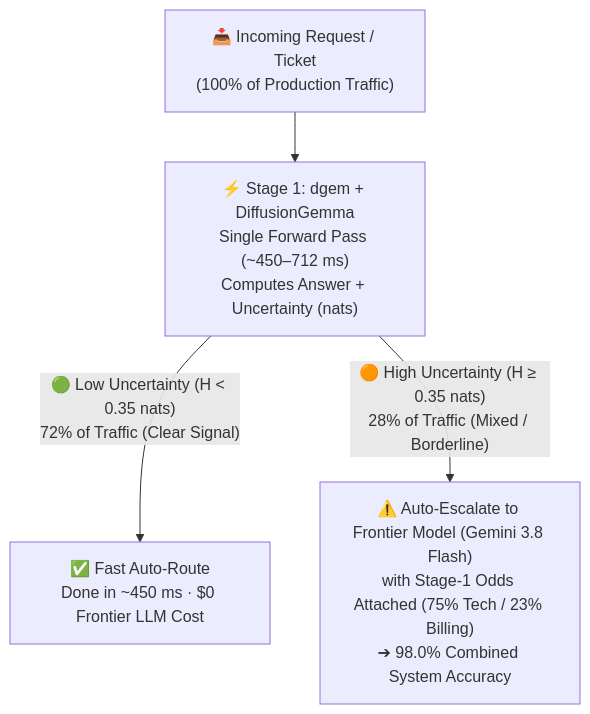
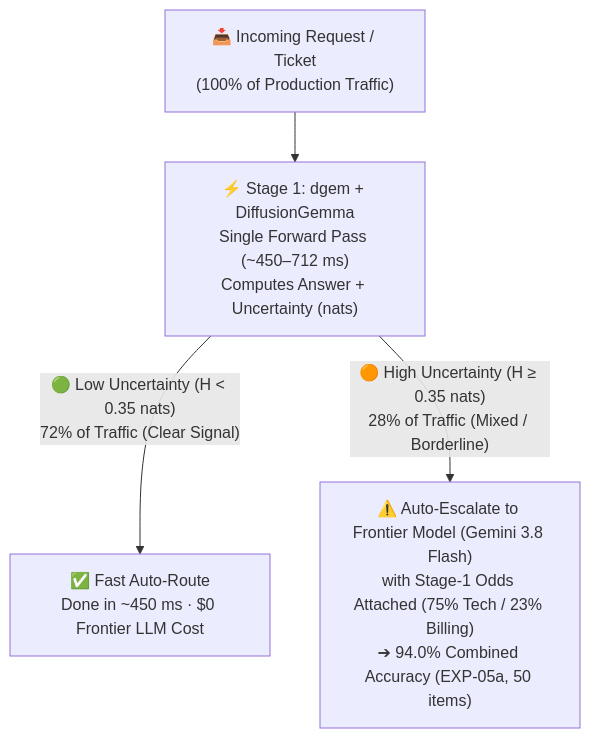
The diagram in docs-site/src/content/docs/decision-models-primer.md (ghchinoy/dgem), drawn with Mermaid before and after one commit. The commit also changed other lines of this file and 24 other files, not shown here.

````diff
--- a/docs-site/src/content/docs/decision-models-primer.md
+++ b/docs-site/src/content/docs/decision-models-primer.md
@@ -31,6 +31,6 @@
 ```mermaid
 flowchart TD
     IN["📥 Incoming Request / Ticket\n(100% of Production Traffic)"] --> S1["⚡ Stage 1: dgem + DiffusionGemma\nSingle Forward Pass (~450–712 ms)\nComputes Answer + Uncertainty (nats)"]
     S1 -->|"🟢 Low Uncertainty (H < 0.35 nats)\n72% of Traffic (Clear Signal)"| FAST["✅ Fast Auto-Route\nDone in ~450 ms · $0 Frontier LLM Cost"]
-    S1 -->|"🟠 High Uncertainty (H ≥ 0.35 nats)\n28% of Traffic (Mixed / Borderline)"| ESC["⚠️ Auto-Escalate to Frontier Model (Gemini 3.8 Flash)\nwith Stage-1 Odds Attached (75% Tech / 23% Billing)\n➔ 98.0% Combined System Accuracy"]
+    S1 -->|"🟠 High Uncertainty (H ≥ 0.35 nats)\n28% of Traffic (Mixed / Borderline)"| ESC["⚠️ Auto-Escalate to Frontier Model (Gemini 3.8 Flash)\nwith Stage-1 Odds Attached (75% Tech / 23% Billing)\n➔ 94.0% Combined Accuracy (EXP-05a, 50 items)"]
 ```
````
